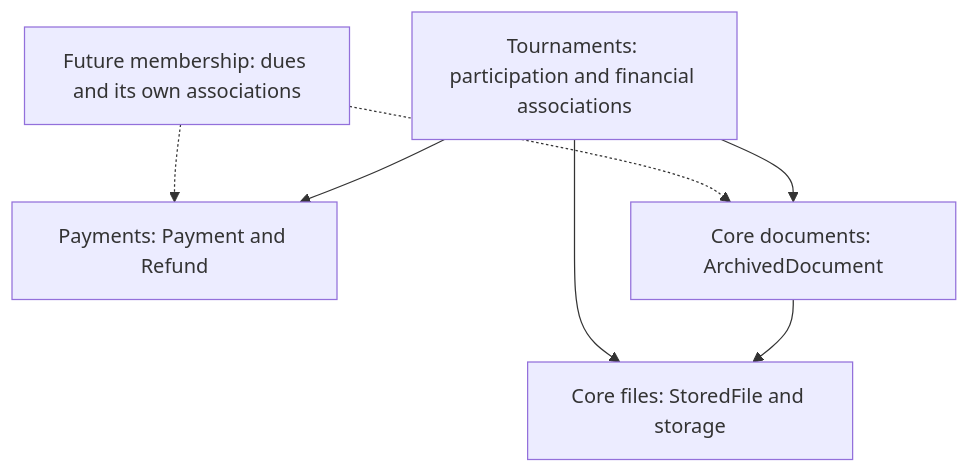
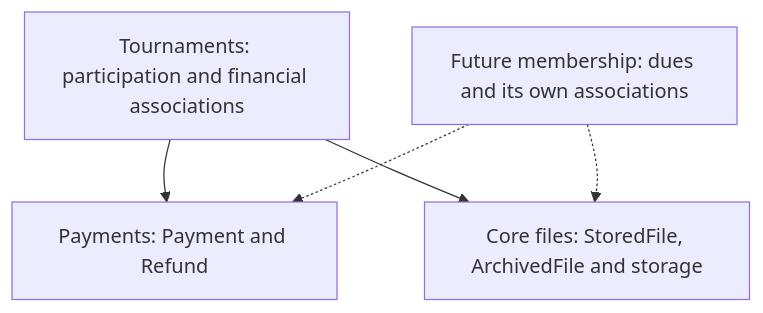
Before and after one commit to karlbruder/karlbruder_monorepo: the third of 3 diagrams in specs/architecture.md, drawn with Mermaid. The commit also changed other lines of this file and 17 other files, not shown here.

````diff
--- a/specs/architecture.md
+++ b/specs/architecture.md
@@ -146,9 +146,8 @@
 ```mermaid
 flowchart TD
     T[Tournaments: participation and financial associations] --> P[Payments: Payment and Refund]
-    T --> D[Core documents: ArchivedDocument]
-    D --> F[Core files: StoredFile and storage]
+    F[Core files: StoredFile, ArchivedFile and storage]
     T --> F
     M[Future membership: dues and its own associations] -.-> P
-    M -.-> D
+    M -.-> F
 ```
````
